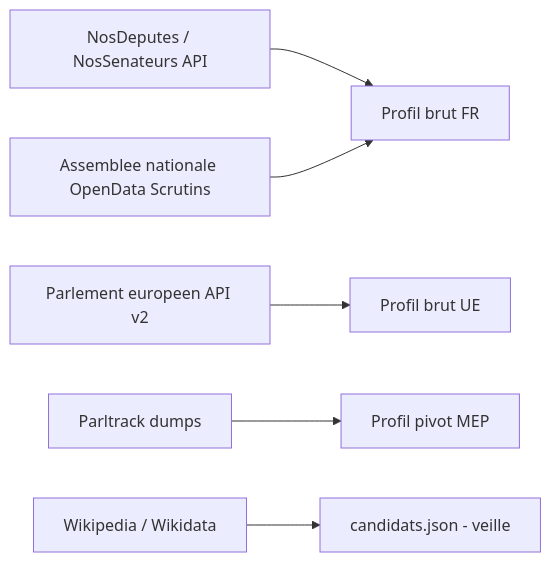
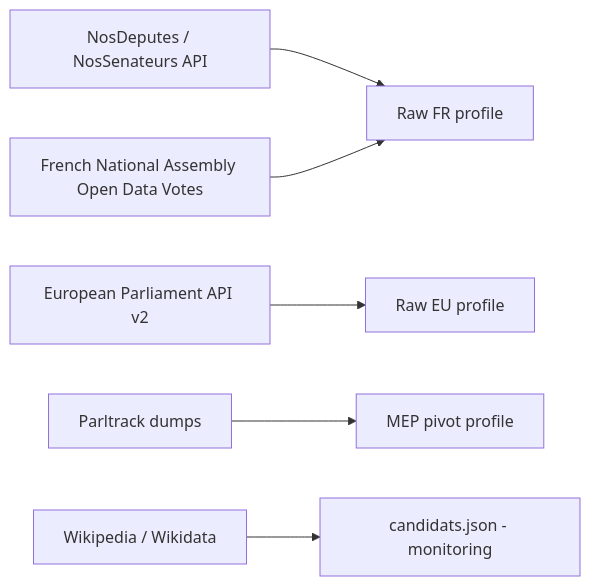
The first of 6 diagrams in docs/schema_donnees_transformations.md (stephieED/Empreinte-politique-src), drawn with Mermaid before and after one commit. The commit also changed other lines of this file and 32 other files, not shown here.

````diff
--- a/docs/schema_donnees_transformations.md
+++ b/docs/schema_donnees_transformations.md
@@ -12,14 +12,14 @@
 ```mermaid
 flowchart LR
   ND[NosDeputes / NosSenateurs API]
-  AN[Assemblee nationale OpenData Scrutins]
-  EP[Parlement europeen API v2]
+  AN[French National Assembly Open Data Votes]
+  EP[European Parliament API v2]
   PT[Parltrack dumps]
   WK[Wikipedia / Wikidata]
 
-  ND --> RAWFR[Profil brut FR]
+  ND --> RAWFR[Raw FR profile]
   AN --> RAWFR
-  EP --> RAWEU[Profil brut UE]
-  PT --> PIVOTMEP[Profil pivot MEP]
-  WK --> CAND[candidats.json - veille]
+  EP --> RAWEU[Raw EU profile]
+  PT --> PIVOTMEP[MEP pivot profile]
+  WK --> CAND[candidats.json - monitoring]
 ```
````
